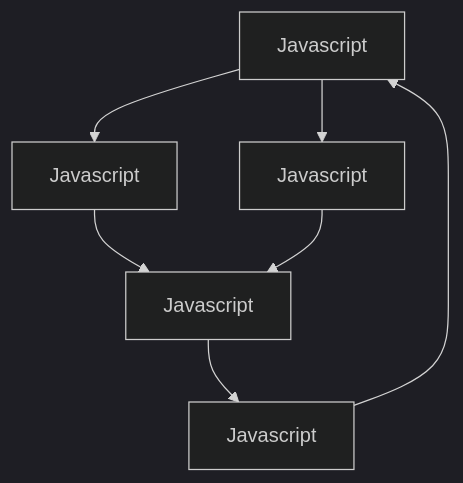
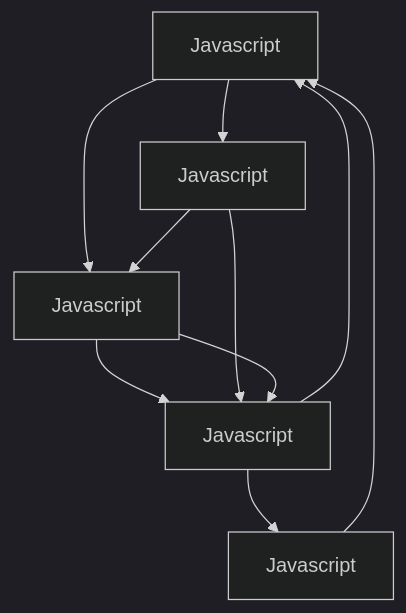
The diagram in Readme.md (AwesomeMarley/AwesomeMarley), drawn with Mermaid (dark theme) before and after one commit.

````diff
--- a/Readme.md
+++ b/Readme.md
@@ -5,9 +5,12 @@
 ```mermaid
 graph TD;
     id1[Javascript] --> id2[Javascript];
     id2[Javascript] --> id4[Javascript];
     id1[Javascript] --> id3[Javascript];
     id3[Javascript] --> id4[Javascript];
     id4[Javascript] --> id5[Javascript];
     id5[Javascript] --> id1[Javascript];
+    id3[Javascript] --> id2[Javascript];
+    id2[Javascript] --> id4[Javascript];
+    id4[Javascript] --> id1[Javascript];
 ```
````
